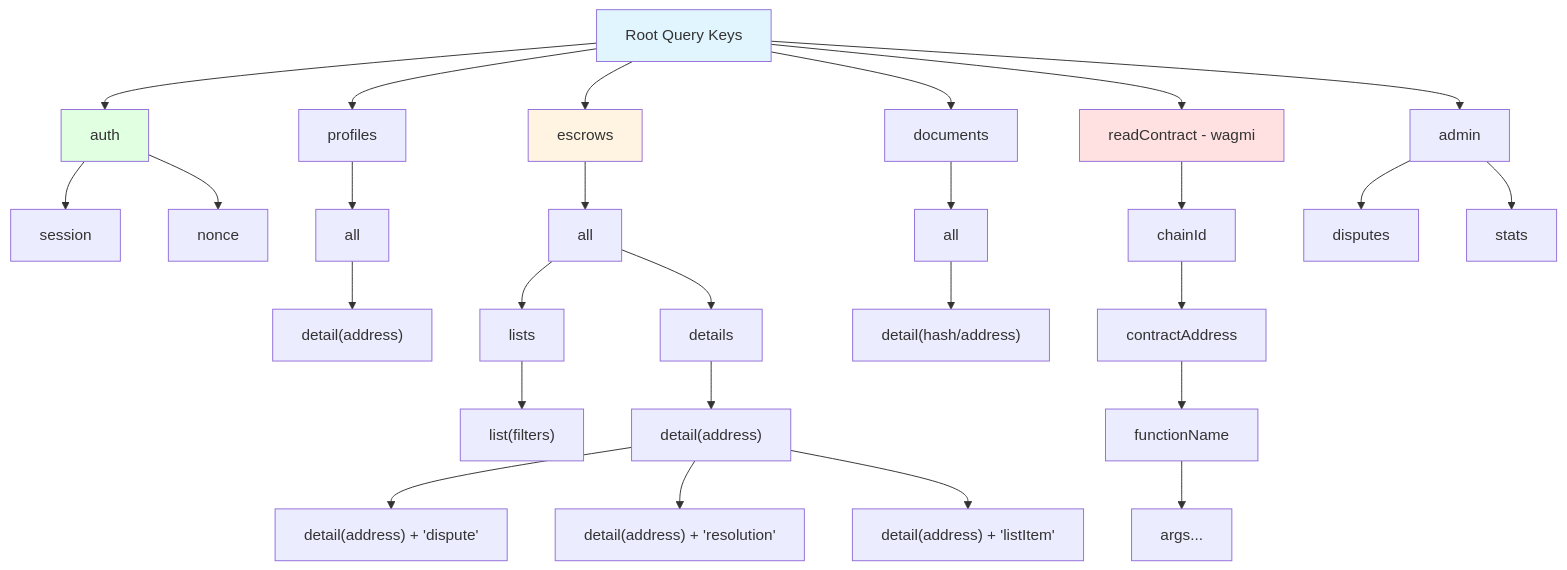
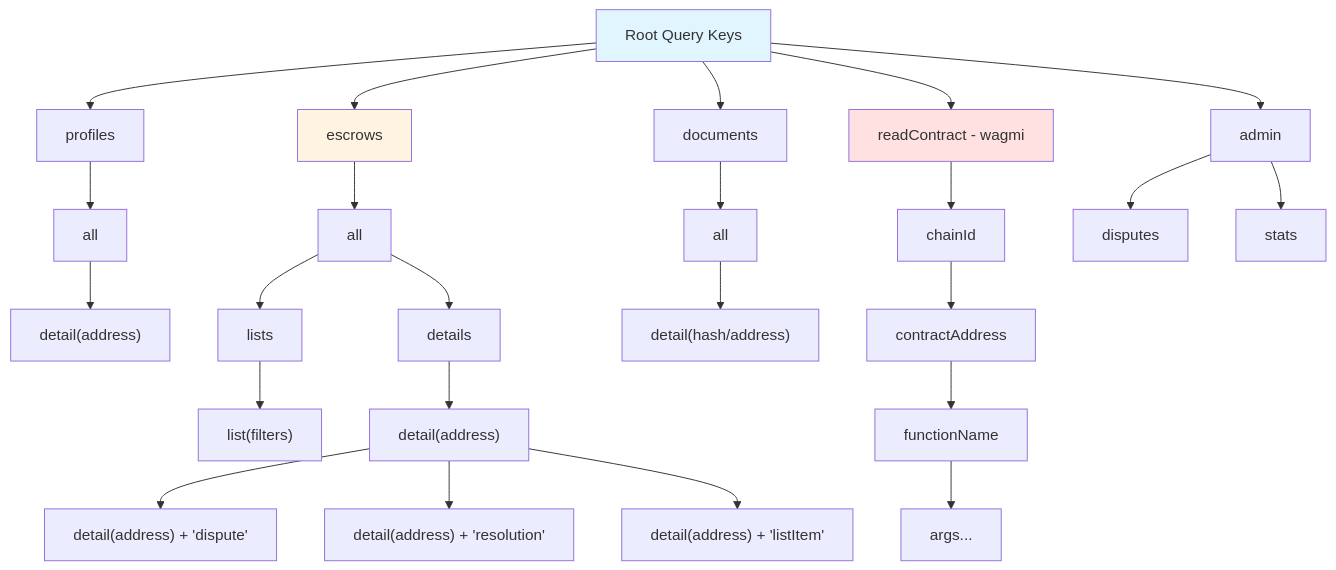
One commit to Gigentic/gigentic-escrow-minipay changed the first of 12 diagrams in QUERY_CACHE_ARCHITECTURE.md. Above: the diagram before and after it, drawn with Mermaid. The commit also changed other lines of this file, not shown here.

````diff
--- a/QUERY_CACHE_ARCHITECTURE.md
+++ b/QUERY_CACHE_ARCHITECTURE.md
@@ -38,40 +36,35 @@
 ```mermaid
 graph TD
-    A[Root Query Keys] --> B[auth]
-    A --> C[profiles]
-    A --> D[escrows]
-    A --> E[documents]
-    A --> F[readContract - wagmi]
-    A --> G[admin]
+    A[Root Query Keys] --> B[profiles]
+    A --> C[escrows]
+    A --> D[documents]
+    A --> E[readContract - wagmi]
+    A --> F[admin]
 
-    B --> B1[session]
-    B --> B2[nonce]
+    B --> B1[all]
+    B1 --> B2["detail(address)"]
 
     C --> C1[all]
-    C1 --> C2["detail(address)"]
+    C1 --> C2[lists]
+    C2 --> C3["list(filters)"]
+    C1 --> C4[details]
+    C4 --> C5["detail(address)"]
+    C5 --> C6["detail(address) + 'dispute'"]
+    C5 --> C7["detail(address) + 'resolution'"]
+    C5 --> C8["detail(address) + 'listItem'"]
 
     D --> D1[all]
-    D1 --> D2[lists]
-    D2 --> D3["list(filters)"]
-    D1 --> D4[details]
-    D4 --> D5["detail(address)"]
-    D5 --> D6["detail(address) + 'dispute'"]
-    D5 --> D7["detail(address) + 'resolution'"]
-    D5 --> D8["detail(address) + 'listItem'"]
+    D1 --> D2["detail(hash/address)"]
 
-    E --> E1[all]
-    E1 --> E2["detail(hash/address)"]
+    E --> E1[chainId]
+    E1 --> E2[contractAddress]
+    E2 --> E3[functionName]
+    E3 --> E4[args...]
 
-    F --> F1[chainId]
-    F1 --> F2[contractAddress]
-    F2 --> F3[functionName]
-    F3 --> F4[args...]
-
-    G --> G1[disputes]
-    G --> G2[stats]
+    F --> F1[disputes]
+    F --> F2[stats]
 
     style A fill:#e1f5ff
-    style D fill:#fff4e1
-    style F fill:#ffe1e1
-    style B fill:#e1ffe1
+    style C fill:#fff4e1
+    style E fill:#ffe1e1
 ```
````
